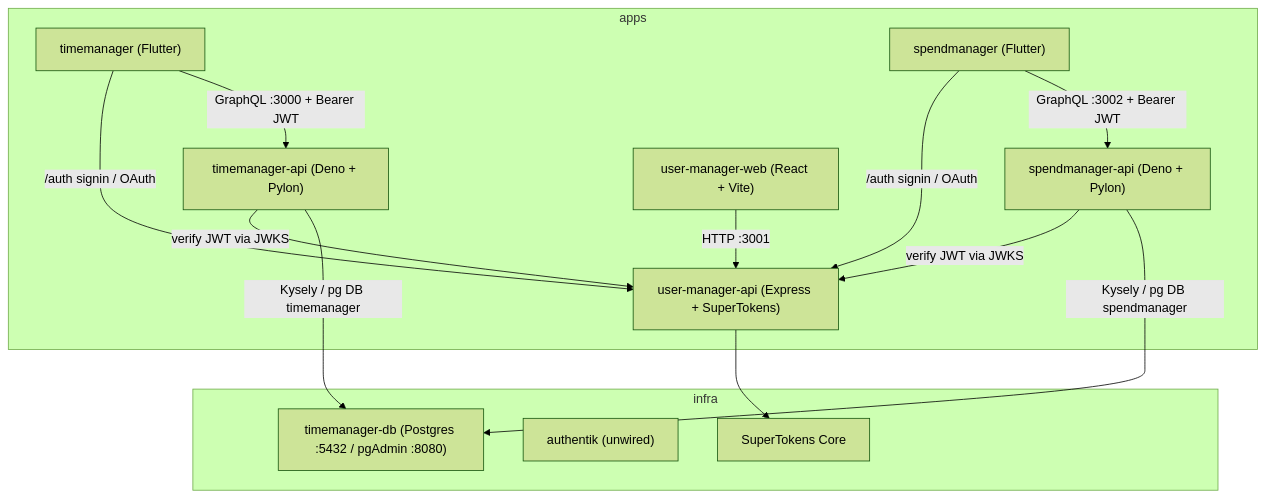
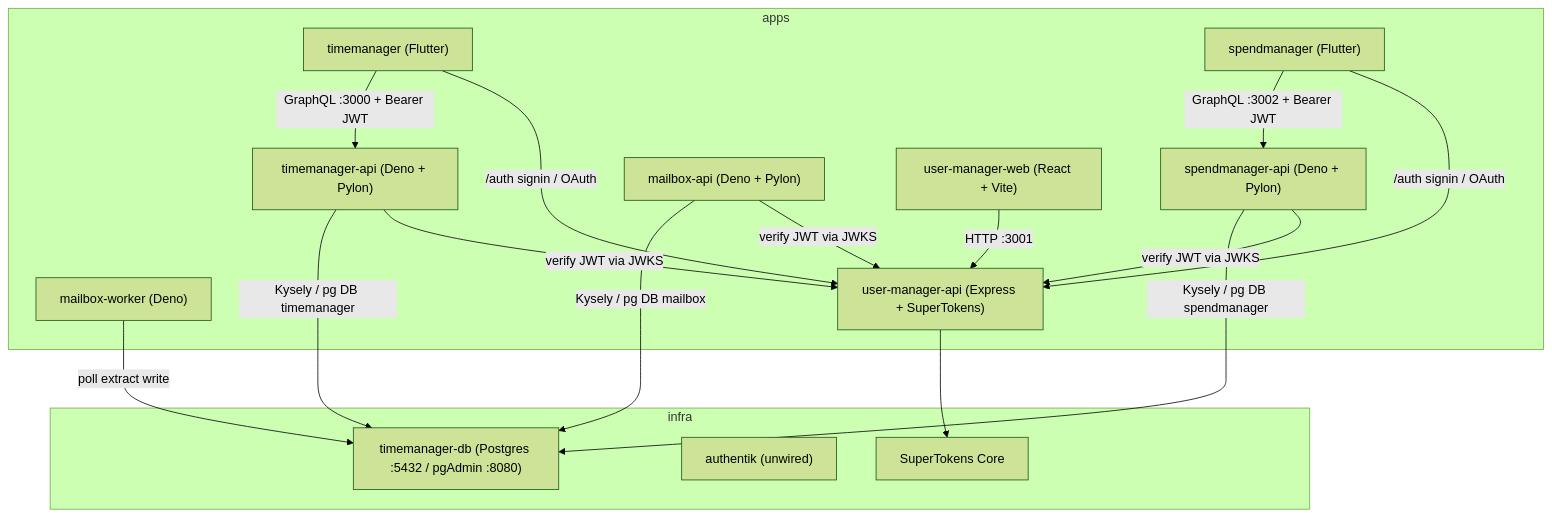
The diagram in .ai/architecture.md (DanEscamilla/timemanager), drawn with Mermaid (forest theme) before and after one commit. The commit also changed other lines of this file and 64 other files, not shown here.

````diff
--- a/.ai/architecture.md
+++ b/.ai/architecture.md
@@ -7,26 +7,31 @@
 ```mermaid
 flowchart TB
   subgraph apps [apps]
     TM["timemanager (Flutter)"]
     TMA["timemanager-api (Deno + Pylon)"]
     SM["spendmanager (Flutter)"]
     SMA["spendmanager-api (Deno + Pylon)"]
+    MBA["mailbox-api (Deno + Pylon)"]
+    MBW["mailbox-worker (Deno)"]
     UMW["user-manager-web (React + Vite)"]
     UMA["user-manager-api (Express + SuperTokens)"]
   end
   subgraph infra [infra]
     DB["timemanager-db (Postgres :5432 / pgAdmin :8080)"]
     AUTH["authentik (unwired)"]
     STC["SuperTokens Core"]
   end
   TM -->|"/auth signin / OAuth"| UMA
   TM -->|"GraphQL :3000 + Bearer JWT"| TMA
   TMA -->|"verify JWT via JWKS"| UMA
   TMA -->|"Kysely / pg DB timemanager"| DB
   SM -->|"/auth signin / OAuth"| UMA
   SM -->|"GraphQL :3002 + Bearer JWT"| SMA
   SMA -->|"verify JWT via JWKS"| UMA
   SMA -->|"Kysely / pg DB spendmanager"| DB
+  MBA -->|"verify JWT via JWKS"| UMA
+  MBA -->|"Kysely / pg DB mailbox"| DB
+  MBW -->|"poll extract write"| DB
   UMW -->|"HTTP :3001"| UMA
   UMA --> STC
 ```
````
